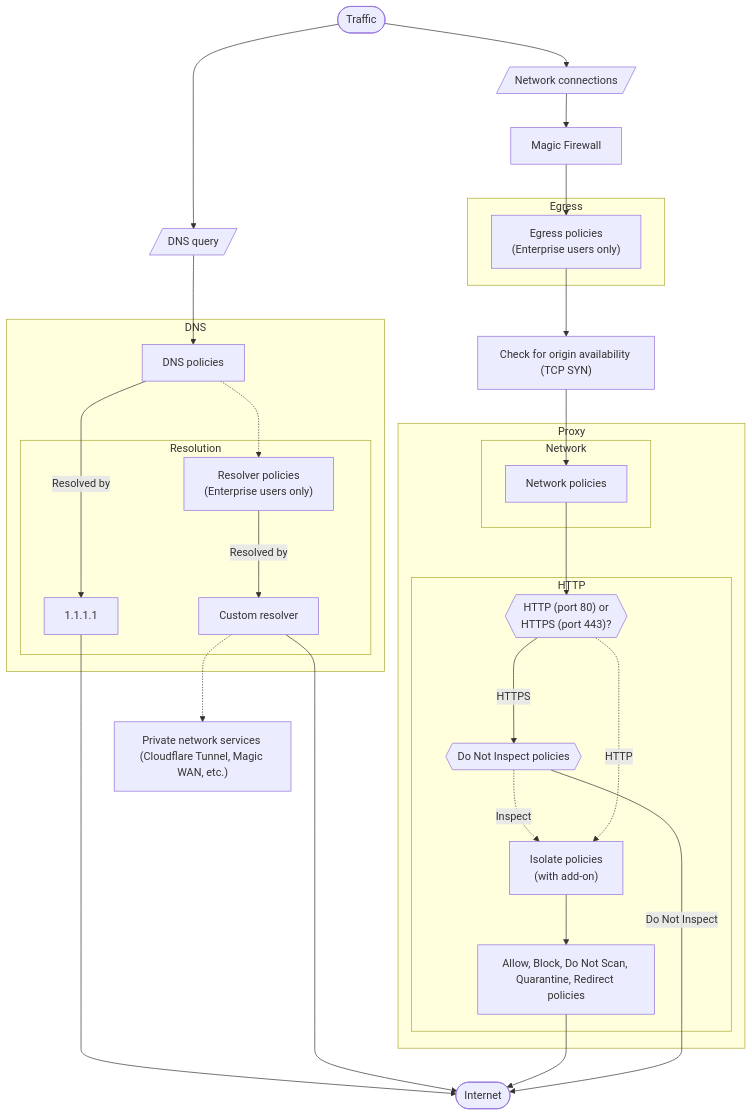
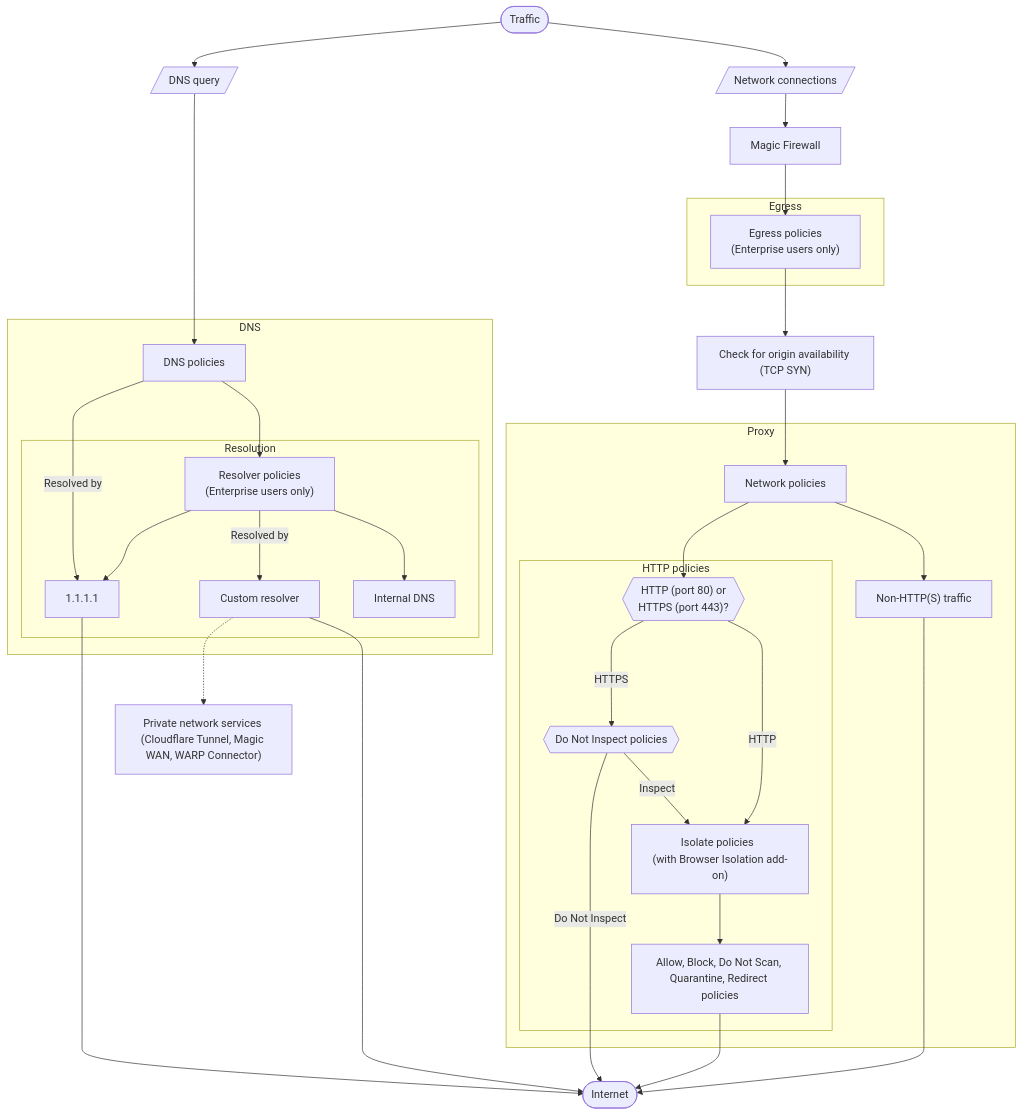
One commit to Appel420/cloudflare-docs changed the diagram in src/content/partials/cloudflare-one/gateway/order-of-enforcement.mdx. Above: the diagram before and after it, drawn with Mermaid.

Commit message:
Add feedback from review

````diff
--- a/src/content/partials/cloudflare-one/gateway/order-of-enforcement.mdx
+++ b/src/content/partials/cloudflare-one/gateway/order-of-enforcement.mdx
@@ -7,51 +7,55 @@
 ```mermaid
 flowchart TB
+    %% Accessibility
+    accTitle: Gateway order of enforcement
+    accDescr: Flowchart describing the order of enforcement for Gateway policies.
+
  subgraph Resolution["Resolution"]
         dns2["1.1.1.1"]
         dns4["Custom resolver"]
         dns3["Resolver policies <br>(Enterprise users only)"]
+        n4["Internal DNS"]
   end
  subgraph DNS["DNS"]
         dns1["DNS policies"]
         Resolution
   end
- subgraph HTTP["HTTP"]
+ subgraph HTTP["HTTP policies"]
         http1{{"Do Not Inspect policies"}}
-        http2["Isolate policies  <br>(with add-on)"]
+        http2["Isolate policies  <br>(with Browser Isolation add-on)"]
         http3["Allow, Block, Do Not Scan, Quarantine, Redirect policies"]
         https["HTTP (port 80) or<br>HTTPS (port 443)?"]
   end
- subgraph Network["Network"]
-        network1["Network policies"]
-  end
  subgraph Proxy["Proxy"]
         HTTP
-        Network
+        network1["Network policies"]
+        n5["Non-HTTP(S) traffic"]
   end
  subgraph Egress["Egress"]
         egress1["Egress policies <br>(Enterprise users only)"]
   end
     start(["Traffic"]) --> dns0[/"DNS query"/] & http0["Network connections"]
-    dns0 --> dns1
+    dns0 ----> dns1
     dns1 -- Resolved by --> dns2
-    dns1 -.-> dns3
+    dns1 --> dns3
     dns3 -- Resolved by --> dns4
     dns2 -----> internet(["Internet"])
     dns4 -----> internet
-    dns4 -.-> cloudflare["Private network services <br>(Cloudflare Tunnel, Magic WAN, etc.)"]
-    http1 -. Inspect .-> http2
+    dns4 -.-> cloudflare["Private network services <br>(Cloudflare Tunnel, Magic WAN, WARP Connector)"]
+    http1 -- Do Not Inspect --> internet
+    http1 -- Inspect --> http2
     http2 --> http3
     http0 --> magic["Magic Firewall"]
     magic --> egress1
     egress1 --> n2["Check for origin availability (TCP SYN)"]
     n2 --> network1
     http3 --> internet
-    http1 -- Do Not Inspect --> internet
     https -- HTTPS --> http1
-    https -. HTTP .-> http2
-    network1 --> https
+    https -- HTTP --> http2
+    network1 --> https & n5
+    dns3 --> n4 & dns2
+    n5 -----> internet
 
     https@{ shape: hex}
     http0@{ shape: lean-r}
-    style DNS text-align:left
 ```
````
